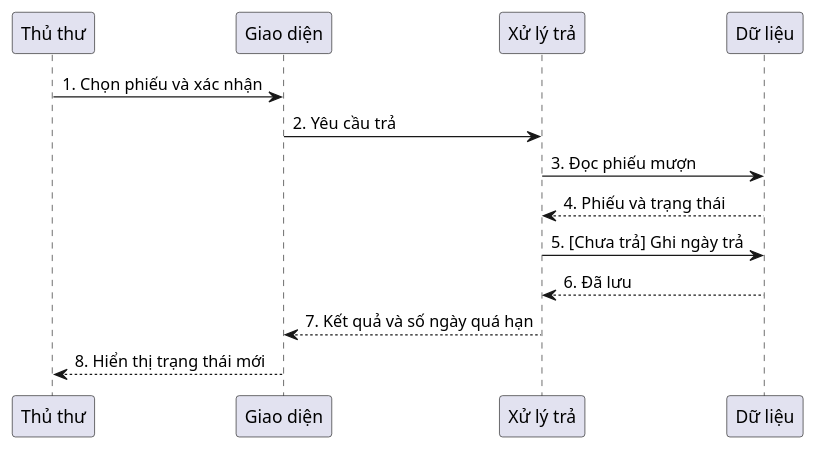
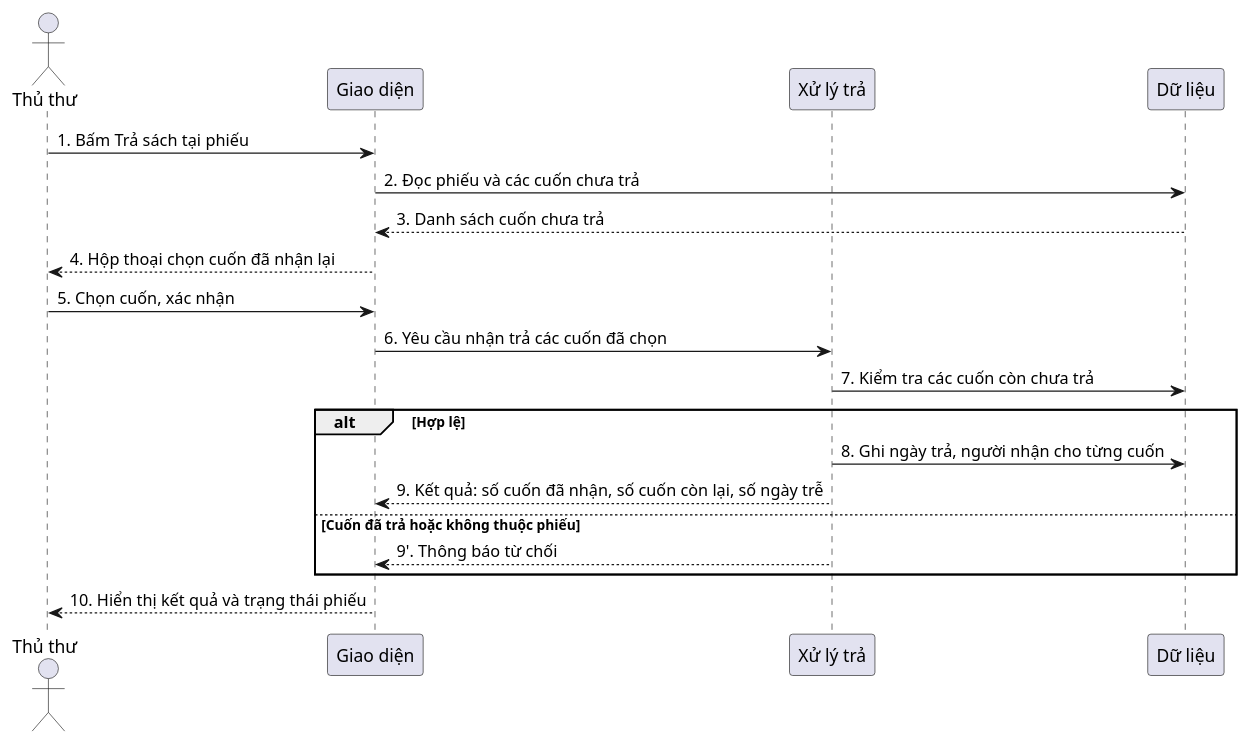
One commit to khoiln218/ThuVienMini changed the diagram in docs/uml/04_seq_return.puml. Above: the diagram before and after it, drawn with PlantUML. The commit also changed 108 other files, not shown here.

```diff
--- a/docs/uml/04_seq_return.puml
+++ b/docs/uml/04_seq_return.puml
@@ -1,17 +1,22 @@
 @startuml
 skinparam defaultFontName Arial
 skinparam shadowing false
-participant "Thủ thư" as P0
+actor "Thủ thư" as P0
 participant "Giao diện" as P1
 participant "Xử lý trả" as P2
 participant "Dữ liệu" as P3
-P0 -> P1: 1. Chọn phiếu và xác nhận
-P1 -> P2: 2. Yêu cầu trả
-P2 -> P3: 3. Đọc phiếu mượn
-P3 --> P2: 4. Phiếu và trạng thái
-P2 -> P3: 5. [Chưa trả] Ghi ngày trả
-P3 --> P2: 6. Đã lưu
-P2 --> P1: 7. Kết quả và số ngày quá hạn
-P1 --> P0: 8. Hiển thị trạng thái mới
-
+P0 -> P1: 1. Bấm Trả sách tại phiếu
+P1 -> P3: 2. Đọc phiếu và các cuốn chưa trả
+P3 --> P1: 3. Danh sách cuốn chưa trả
+P1 --> P0: 4. Hộp thoại chọn cuốn đã nhận lại
+P0 -> P1: 5. Chọn cuốn, xác nhận
+P1 -> P2: 6. Yêu cầu nhận trả các cuốn đã chọn
+P2 -> P3: 7. Kiểm tra các cuốn còn chưa trả
+alt Hợp lệ
+  P2 -> P3: 8. Ghi ngày trả, người nhận cho từng cuốn
+  P2 --> P1: 9. Kết quả: số cuốn đã nhận, số cuốn còn lại, số ngày trễ
+else Cuốn đã trả hoặc không thuộc phiếu
+  P2 --> P1: 9'. Thông báo từ chối
+end
+P1 --> P0: 10. Hiển thị kết quả và trạng thái phiếu
 @enduml
```
